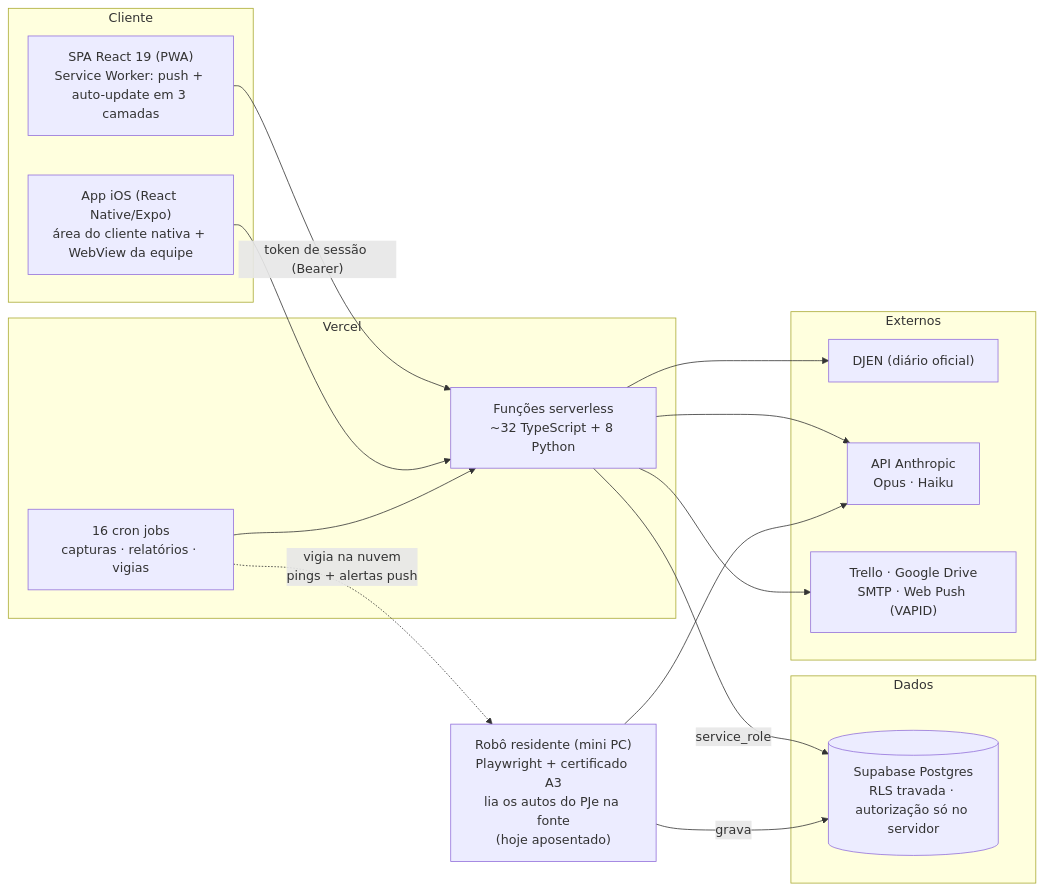
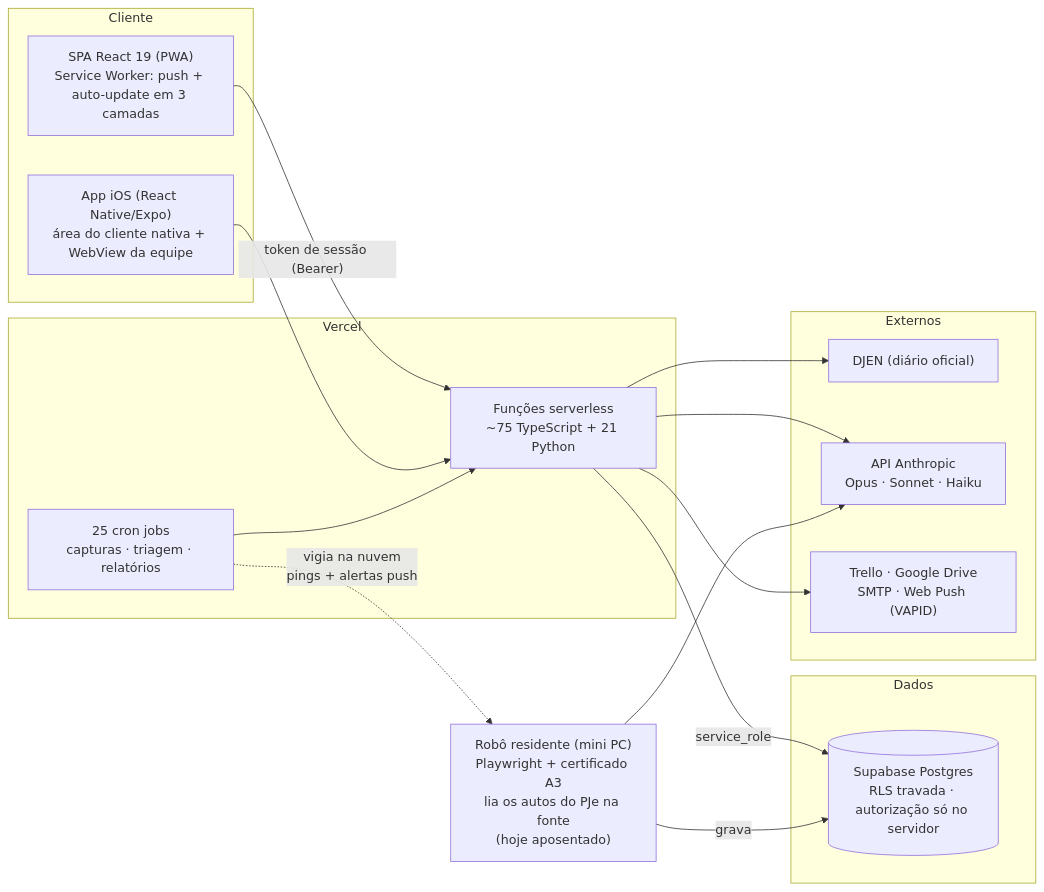
The first of 2 diagrams in README.md (jmilheiro73/legal-ops-ai), drawn with Mermaid before and after one commit. The commit also changed other lines of this file and 3 other files, not shown here.

````diff
--- a/README.md
+++ b/README.md
@@ -34,31 +34,31 @@
 ```mermaid
 flowchart LR
     subgraph Cliente
         SPA["SPA React 19 (PWA)\nService Worker: push + auto-update em 3 camadas"]
         iOS["App iOS (React Native/Expo)\nárea do cliente nativa + WebView da equipe"]
     end
     subgraph Vercel
-        FN["Funções serverless\n~32 TypeScript + 8 Python"]
-        CRON["16 cron jobs\ncapturas · relatórios · vigias"]
+        FN["Funções serverless\n~75 TypeScript + 21 Python"]
+        CRON["25 cron jobs\ncapturas · triagem · relatórios"]
     end
     subgraph Dados
         PG[("Supabase Postgres\nRLS travada · autorização só no servidor")]
     end
     subgraph Externos
         DJEN["DJEN (diário oficial)"]
-        ANT["API Anthropic\nOpus · Haiku"]
+        ANT["API Anthropic\nOpus · Sonnet · Haiku"]
         MISC["Trello · Google Drive\nSMTP · Web Push (VAPID)"]
     end
     ROBOT["Robô residente (mini PC)\nPlaywright + certificado A3\nlia os autos do PJe na fonte\n(hoje aposentado)"]
 
     SPA -- "token de sessão (Bearer)" --> FN
     iOS --> FN
     CRON --> FN
     FN -- service_role --> PG
     FN --> DJEN
     FN --> ANT
     FN --> MISC
     ROBOT --> ANT
     ROBOT -- grava --> PG
     CRON -. "vigia na nuvem\npings + alertas push" .-> ROBOT
 ```
````
